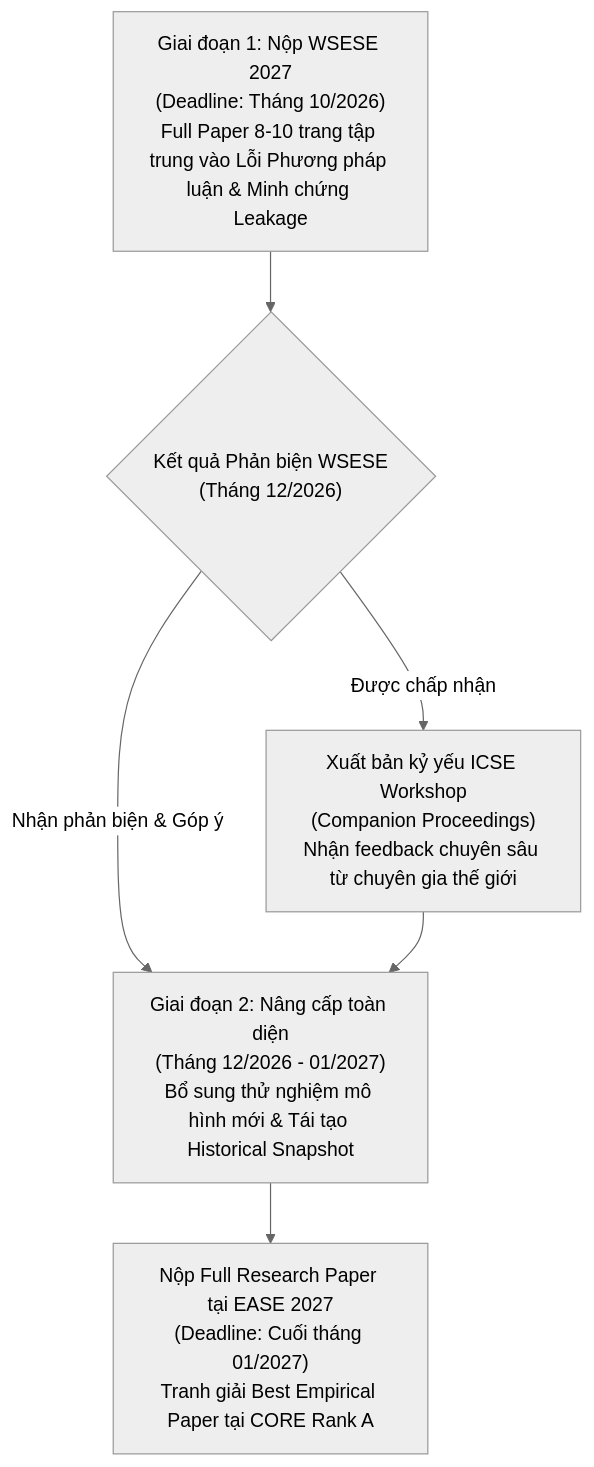
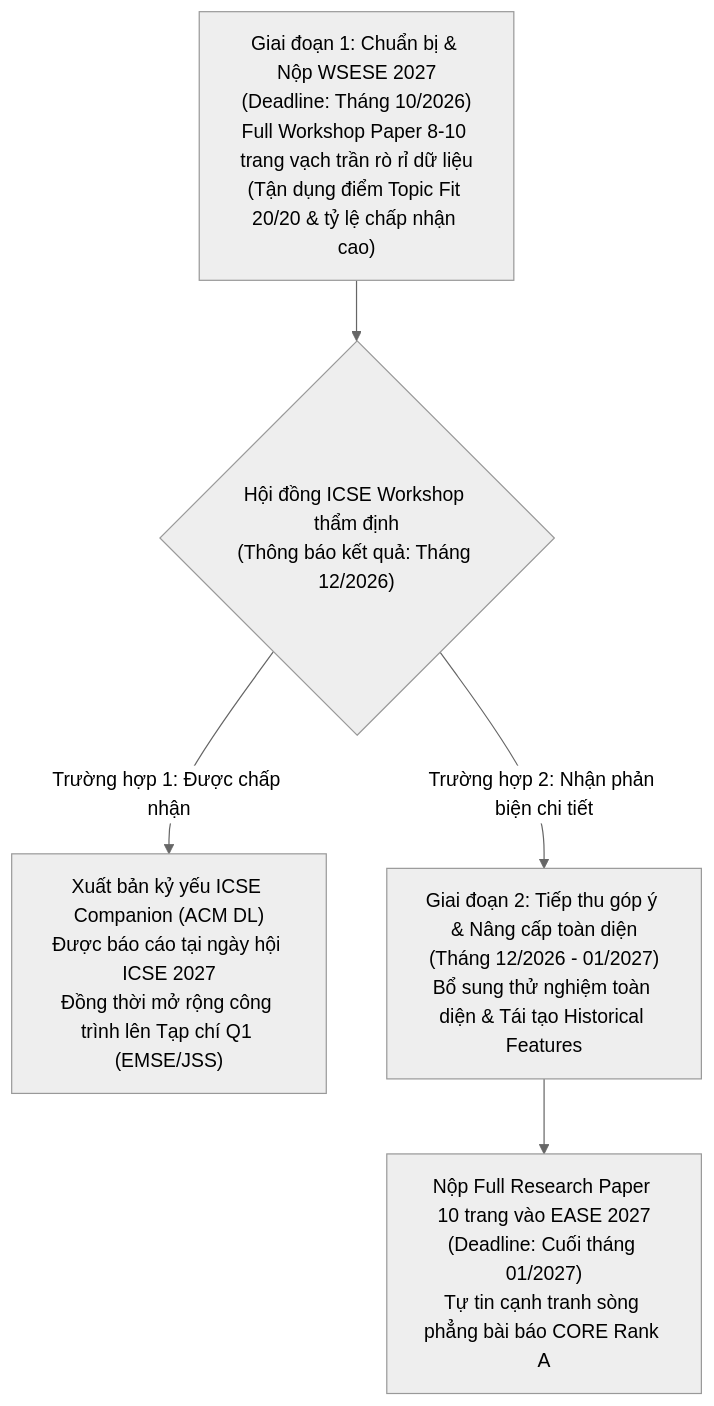
One commit to snowflake-vibing/NCKH_Johnny_Snowflake changed the diagram in draft/draft_conference_evaluation_ease_wsese.md. Above: the diagram before and after it, drawn with Mermaid (neutral theme). The commit also changed other lines of this file, not shown here.

````diff
--- a/draft/draft_conference_evaluation_ease_wsese.md
+++ b/draft/draft_conference_evaluation_ease_wsese.md
@@ -54,8 +91,7 @@
 ```mermaid
 flowchart TD
-    A["Giai đoạn 1: Nộp WSESE 2027\n(Deadline: Tháng 10/2026)\nFull Paper 8-10 trang tập trung vào Lỗi Phương pháp luận & Minh chứng Leakage"] --> B{"Kết quả Phản biện WSESE\n(Tháng 12/2026)"}
-    B -->|Được chấp nhận| C["Xuất bản kỷ yếu ICSE Workshop\n(Companion Proceedings)\nNhận feedback chuyên sâu từ chuyên gia thế giới"]
-    B -->|Nhận phản biện & Góp ý| D["Giai đoạn 2: Nâng cấp toàn diện\n(Tháng 12/2026 - 01/2027)\nBổ sung thử nghiệm mô hình mới & Tái tạo Historical Snapshot"]
-    C --> D
-    D --> E["Nộp Full Research Paper tại EASE 2027\n(Deadline: Cuối tháng 01/2027)\nTranh giải Best Empirical Paper tại CORE Rank A"]
+    A["Giai đoạn 1: Chuẩn bị & Nộp WSESE 2027\n(Deadline: Tháng 10/2026)\nFull Workshop Paper 8-10 trang vạch trần rò rỉ dữ liệu\n(Tận dụng điểm Topic Fit 20/20 & tỷ lệ chấp nhận cao)"] --> B{"Hội đồng ICSE Workshop thẩm định\n(Thông báo kết quả: Tháng 12/2026)"}
+    B -->|Trường hợp 1: Được chấp nhận| C["Xuất bản kỷ yếu ICSE Companion (ACM DL)\nĐược báo cáo tại ngày hội ICSE 2027\nĐồng thời mở rộng công trình lên Tạp chí Q1 (EMSE/JSS)"]
+    B -->|Trường hợp 2: Nhận phản biện chi tiết| D["Giai đoạn 2: Tiếp thu góp ý & Nâng cấp toàn diện\n(Tháng 12/2026 - 01/2027)\nBổ sung thử nghiệm toàn diện & Tái tạo Historical Features"]
+    D --> E["Nộp Full Research Paper 10 trang vào EASE 2027\n(Deadline: Cuối tháng 01/2027)\nTự tin cạnh tranh sòng phẳng bài báo CORE Rank A"]
 ```
````
